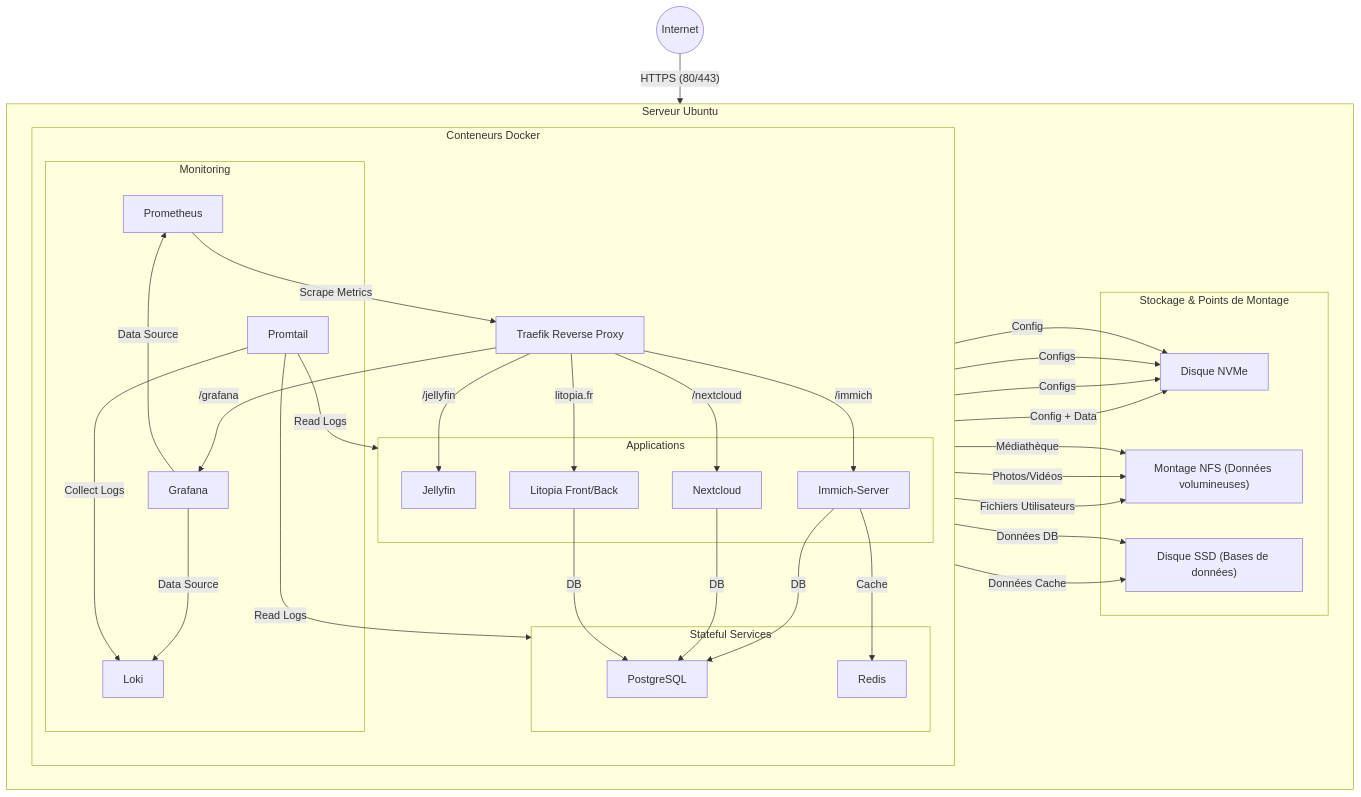
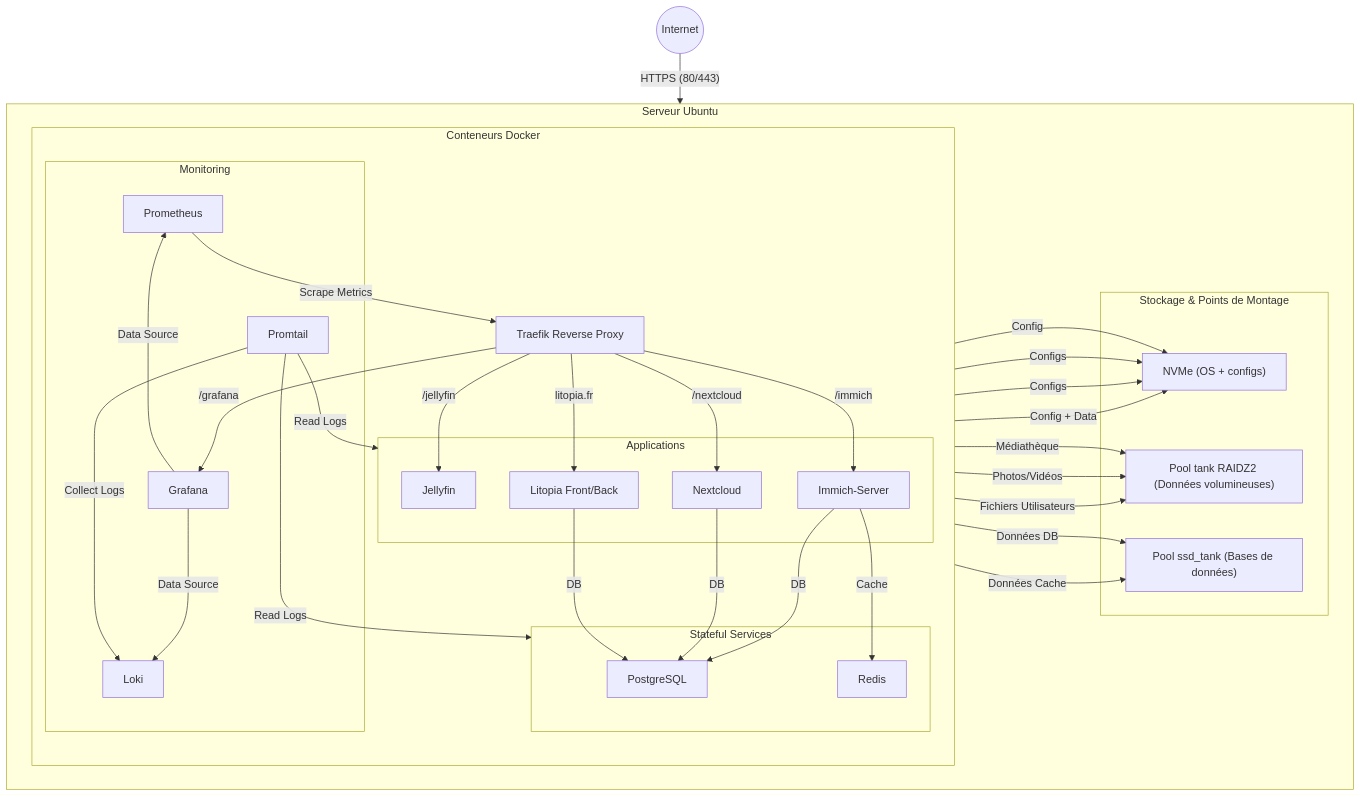
One commit to mrsolarius/EpiceaInfra changed the second of 2 diagrams in README.md. Above: the diagram before and after it, drawn with Mermaid. The commit also changed other lines of this file and 104 other files, not shown here.

````diff
--- a/README.md
+++ b/README.md
@@ -47,67 +54,67 @@
 ```mermaid
 graph TD
     subgraph "Serveur Ubuntu"
         direction LR
         subgraph "Stockage & Points de Montage"
-            NVME["Disque NVMe"]
-            SSD["Disque SSD (Bases de données)"]
-            NAS["Montage NFS (Données volumineuses)"]
+            NVME["NVMe (OS + configs)"]
+            SSD["Pool ssd_tank (Bases de données)"]
+            NAS["Pool tank RAIDZ2 (Données volumineuses)"]
         end
 
         subgraph "Conteneurs Docker"
             direction TB
             Traefik[Traefik Reverse Proxy]
 
             subgraph applications [Applications]
                 Jellyfin[Jellyfin]
                 Immich[Immich-Server]
                 Nextcloud[Nextcloud]
                 Litopia[Litopia Front/Back]
             end
 
             subgraph stateful [Stateful Services]
                 PostgreSQL[PostgreSQL]
                 Redis[Redis]
             end
 
             subgraph monitoring [Monitoring]
                 Prometheus[Prometheus]
                 Grafana[Grafana]
                 Loki[Loki]
                 Promtail[Promtail]
             end
         end
     end
 
     %% --- Flux Réseau ---
     Internet((Internet)) -- "HTTPS (80/443)" --> Traefik
     Traefik -- "/jellyfin" --> Jellyfin
     Traefik -- "/immich" --> Immich
     Traefik -- "/nextcloud" --> Nextcloud
     Traefik -- "litopia.fr" --> Litopia
     Traefik -- "/grafana" --> Grafana
 
     %% --- Flux Applicatifs ---
     Immich -- "DB" --> PostgreSQL
     Immich -- "Cache" --> Redis
     Nextcloud -- "DB" --> PostgreSQL
     Litopia -- "DB" --> PostgreSQL
     Prometheus -- "Scrape Metrics" --> Traefik
     Grafana -- "Data Source" --> Prometheus
     Grafana -- "Data Source" --> Loki
     Promtail -- "Collect Logs" --> Loki
     Promtail -- "Read Logs" --> applications
     Promtail -- "Read Logs" --> stateful
 
     %% --- Montages de Volumes (Persistance des données) ---
     Traefik -- "Config" --> NVME
     applications -- "Configs" --> NVME
     stateful -- "Configs" --> NVME
     monitoring -- "Config + Data" --> NVME
 
     Jellyfin -- "Médiathèque" --> NAS
     Immich -- "Photos/Vidéos" --> NAS
     Nextcloud -- "Fichiers Utilisateurs" --> NAS
     PostgreSQL -- "Données DB" --> SSD
     Redis -- "Données Cache" --> SSD
 ```
````
